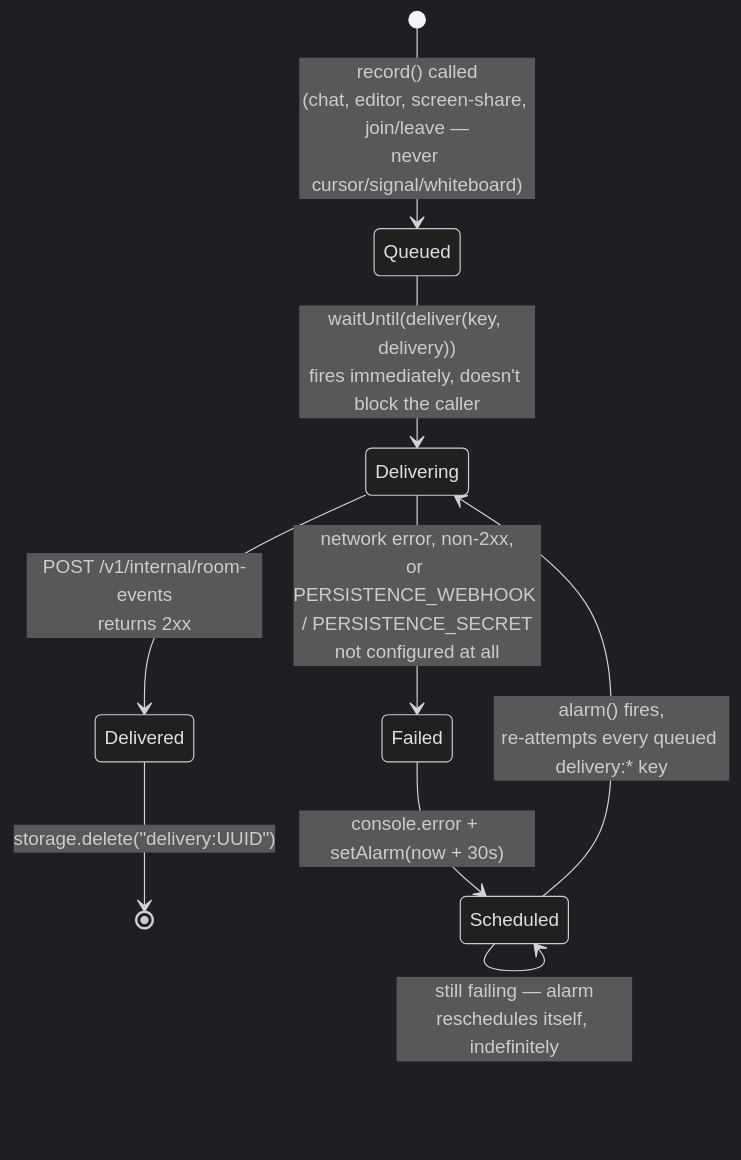
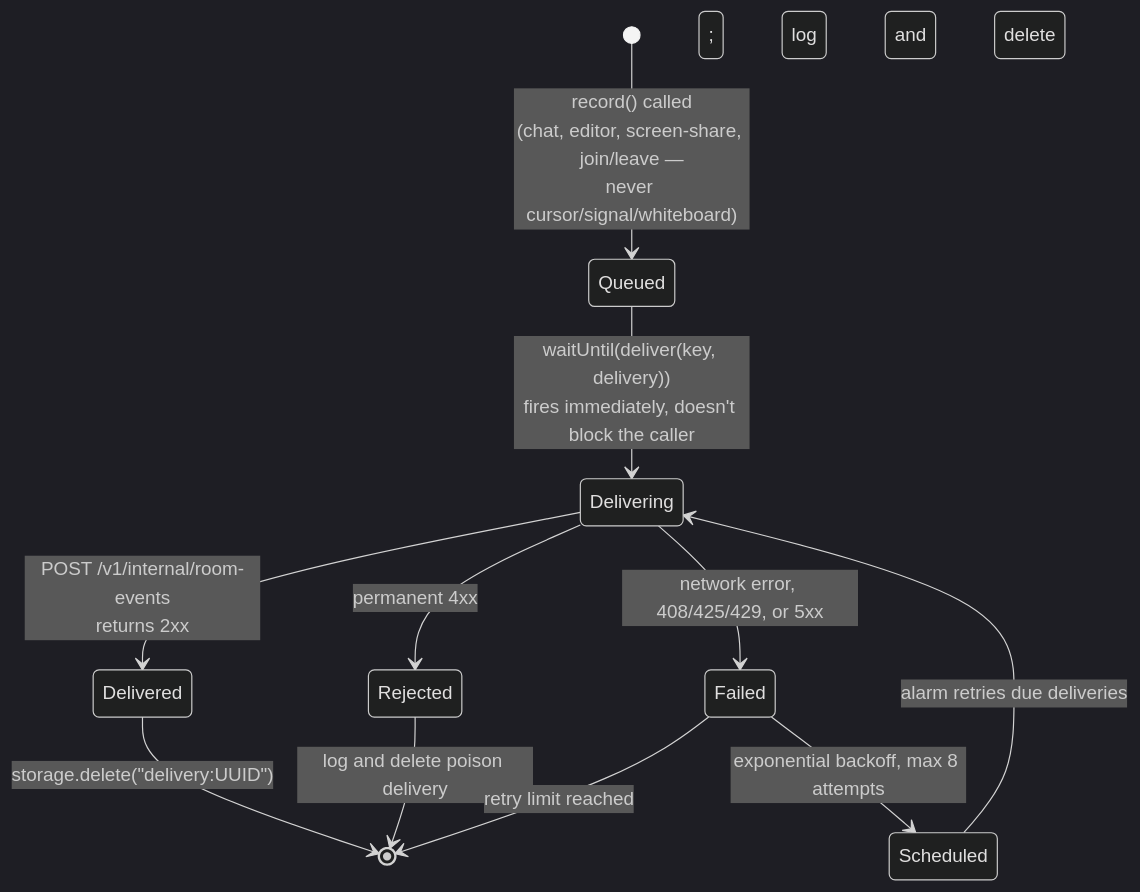
The second of 6 diagrams in docs/realtime.md (hoangsonww/Threadline-RealTime-Collab), drawn with Mermaid (dark theme) before and after one commit. The commit also changed other lines of this file and 8 other files, not shown here.

````diff
--- a/docs/realtime.md
+++ b/docs/realtime.md
@@ -33,11 +34,13 @@
 ```mermaid
 stateDiagram-v2
     [*] --> Queued: record() called<br/>(chat, editor, screen-share, join/leave —<br/>never cursor/signal/whiteboard)
     Queued --> Delivering: waitUntil(deliver(key, delivery))<br/>fires immediately, doesn't block the caller
     Delivering --> Delivered: POST /v1/internal/room-events<br/>returns 2xx
     Delivered --> [*]: storage.delete("delivery:UUID")
-    Delivering --> Failed: network error, non-2xx,<br/>or PERSISTENCE_WEBHOOK / PERSISTENCE_SECRET<br/>not configured at all
-    Failed --> Scheduled: console.error + setAlarm(now + 30s)
-    Scheduled --> Delivering: alarm() fires,<br/>re-attempts every queued delivery:* key
-    Scheduled --> Scheduled: still failing — alarm<br/>reschedules itself, indefinitely
+    Delivering --> Rejected: permanent 4xx
+    Rejected --> [*]: log and delete poison delivery
+    Delivering --> Failed: network error, 408/425/429, or 5xx
+    Failed --> Scheduled: exponential backoff, max 8 attempts
+    Scheduled --> Delivering: alarm retries due deliveries
+    Failed --> [*]: retry limit reached; log and delete
 ```
````
